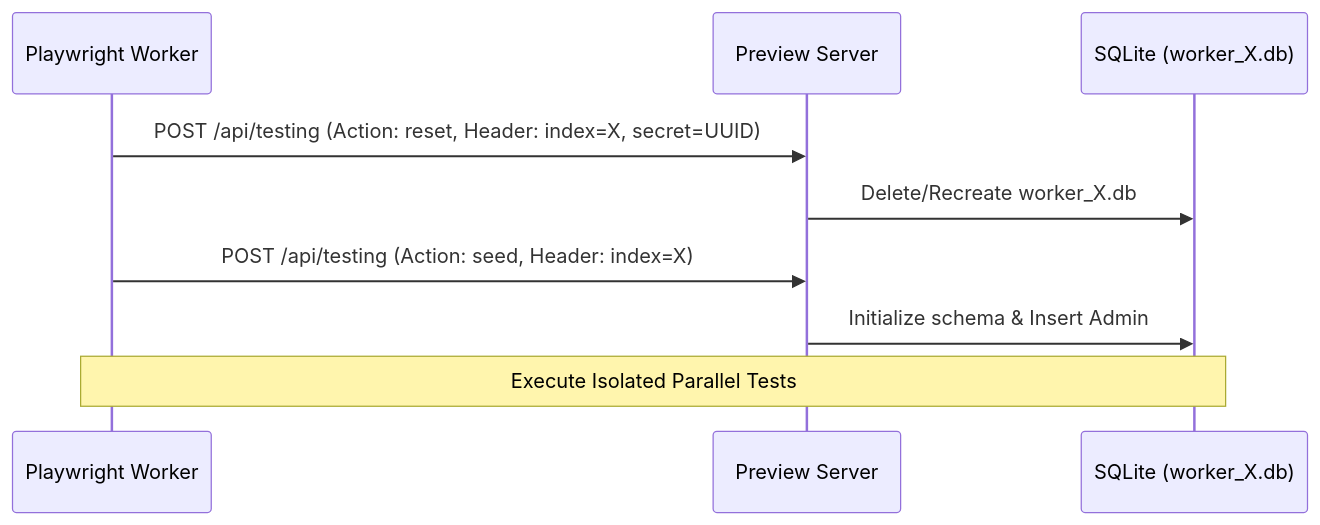
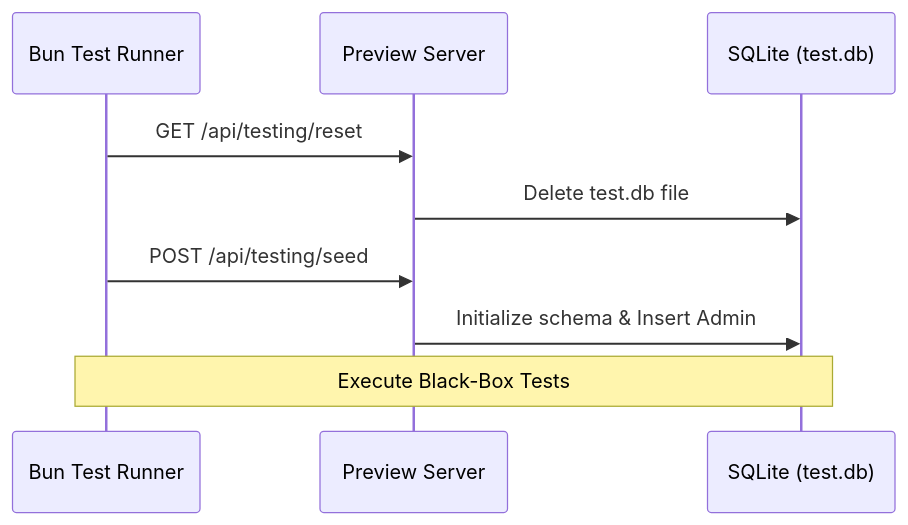
One commit to SveltyCMS/SveltyCMS changed the diagram in docs/tests/database-tests.mdx. Above: the diagram before and after it, drawn with Mermaid. The commit also changed other lines of this file and 1049 other files, not shown here.

````diff
--- a/docs/tests/database-tests.mdx
+++ b/docs/tests/database-tests.mdx
@@ -68,12 +54,12 @@
 ```mermaid
 sequenceDiagram
-    participant Runner as Playwright Worker
+    participant Runner as Bun Test Runner
     participant Server as Preview Server
-    participant DB as SQLite (worker_X.db)
+    participant DB as SQLite (test.db)
 
-    Runner->>Server: POST /api/testing (Action: reset, Header: index=X, secret=UUID)
-    Server->>DB: Delete/Recreate worker_X.db
-    Runner->>Server: POST /api/testing (Action: seed, Header: index=X)
+    Runner->>Server: GET /api/testing/reset
+    Server->>DB: Delete test.db file
+    Runner->>Server: POST /api/testing/seed
     Server->>DB: Initialize schema & Insert Admin
-    Note over Runner,DB: Execute Isolated Parallel Tests
+    Note over Runner,DB: Execute Black-Box Tests
 ```
````
